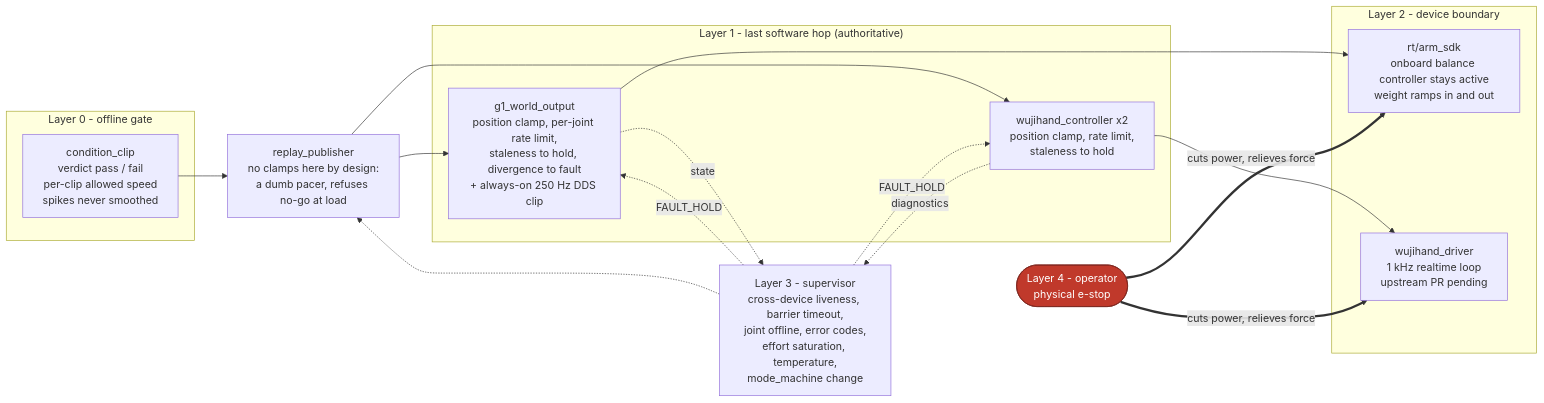
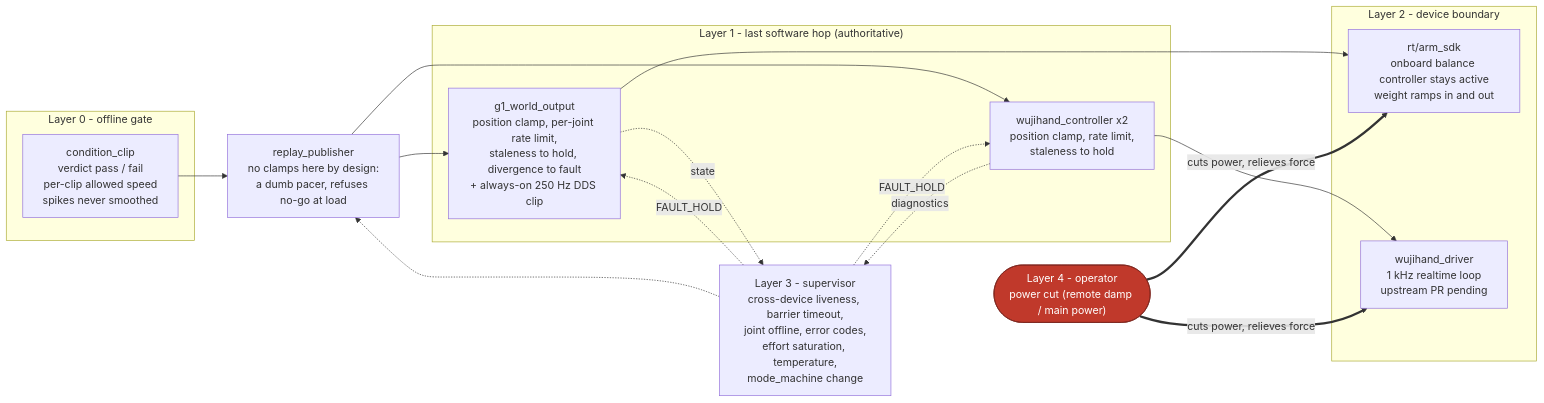
Before and after one commit to MSC-Wuji-Teleop/wuji-hand-teleop: the second of 2 diagrams in docs/spec/spec_1.md, drawn with Mermaid. The commit also changed other lines of this file and 9 other files, not shown here.

````diff
--- a/docs/spec/spec_1.md
+++ b/docs/spec/spec_1.md
@@ -603,39 +605,39 @@
 ```mermaid
 graph LR
     subgraph L0["Layer 0 - offline gate"]
         CC["condition_clip<br/>verdict pass / fail<br/>per-clip allowed speed<br/>spikes never smoothed"]
     end
 
     SOT["replay_publisher<br/>no clamps here by design:<br/>a dumb pacer, refuses no-go at load"]
 
     subgraph L1["Layer 1 - last software hop (authoritative)"]
         G1O["g1_world_output<br/>position clamp, per-joint rate limit,<br/>staleness to hold, divergence to fault<br/>+ always-on 250 Hz DDS clip"]
         HC["wujihand_controller x2<br/>position clamp, rate limit,<br/>staleness to hold"]
     end
 
     subgraph L2["Layer 2 - device boundary"]
         DDS["rt/arm_sdk<br/>onboard balance controller stays active<br/>weight ramps in and out"]
         DRV["wujihand_driver<br/>1 kHz realtime loop<br/>upstream PR pending"]
     end
 
     SUP["Layer 3 - supervisor<br/>cross-device liveness, barrier timeout,<br/>joint offline, error codes,<br/>effort saturation, temperature,<br/>mode_machine change"]
 
-    OP(["Layer 4 - operator<br/>physical e-stop"]):::phys
+    OP(["Layer 4 - operator<br/>power cut (remote damp / main power)"]):::phys
 
     CC --> SOT
     SOT --> G1O
     SOT --> HC
     G1O --> DDS
     HC --> DRV
 
     SUP -.->|"FAULT_HOLD"| G1O
     SUP -.->|"FAULT_HOLD"| HC
     SUP -.-> SOT
     G1O -.->|"state"| SUP
     HC -.->|"diagnostics"| SUP
 
     OP ==>|"cuts power, relieves force"| DDS
     OP ==>|"cuts power, relieves force"| DRV
 
     classDef phys fill:#c0392b,stroke:#7b241c,color:#fff
 ```
````
